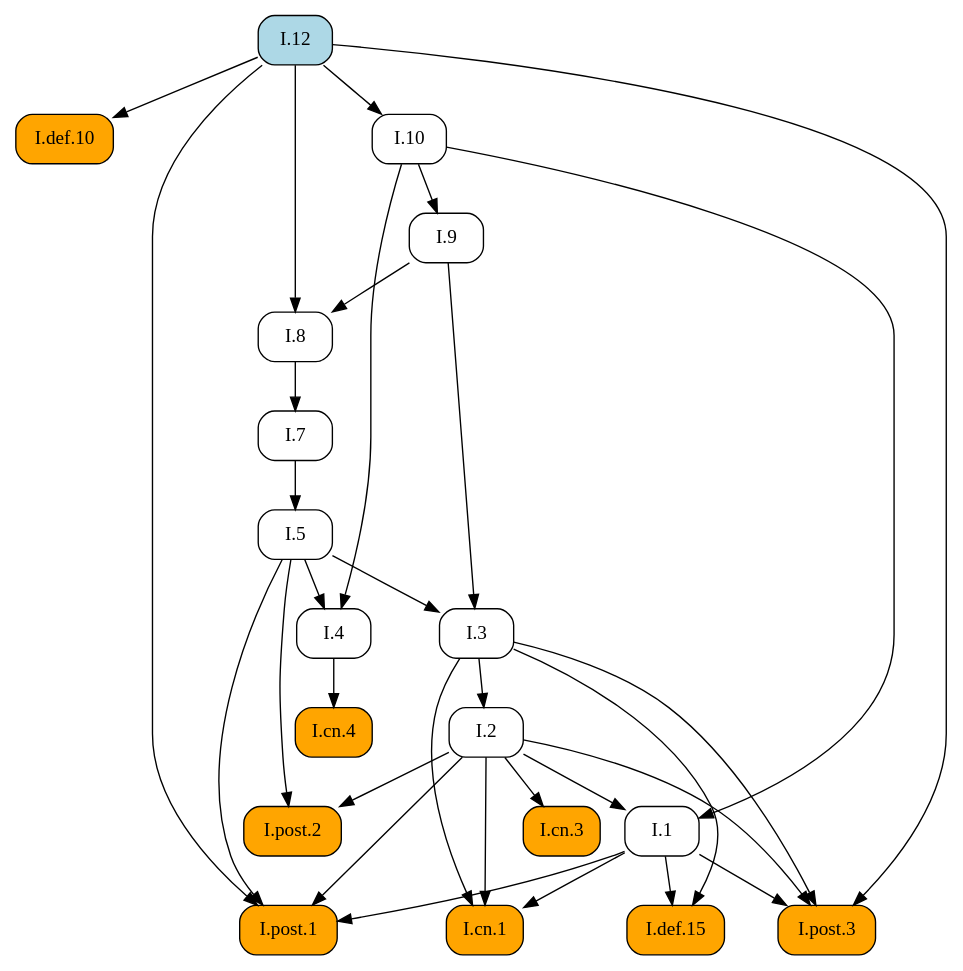
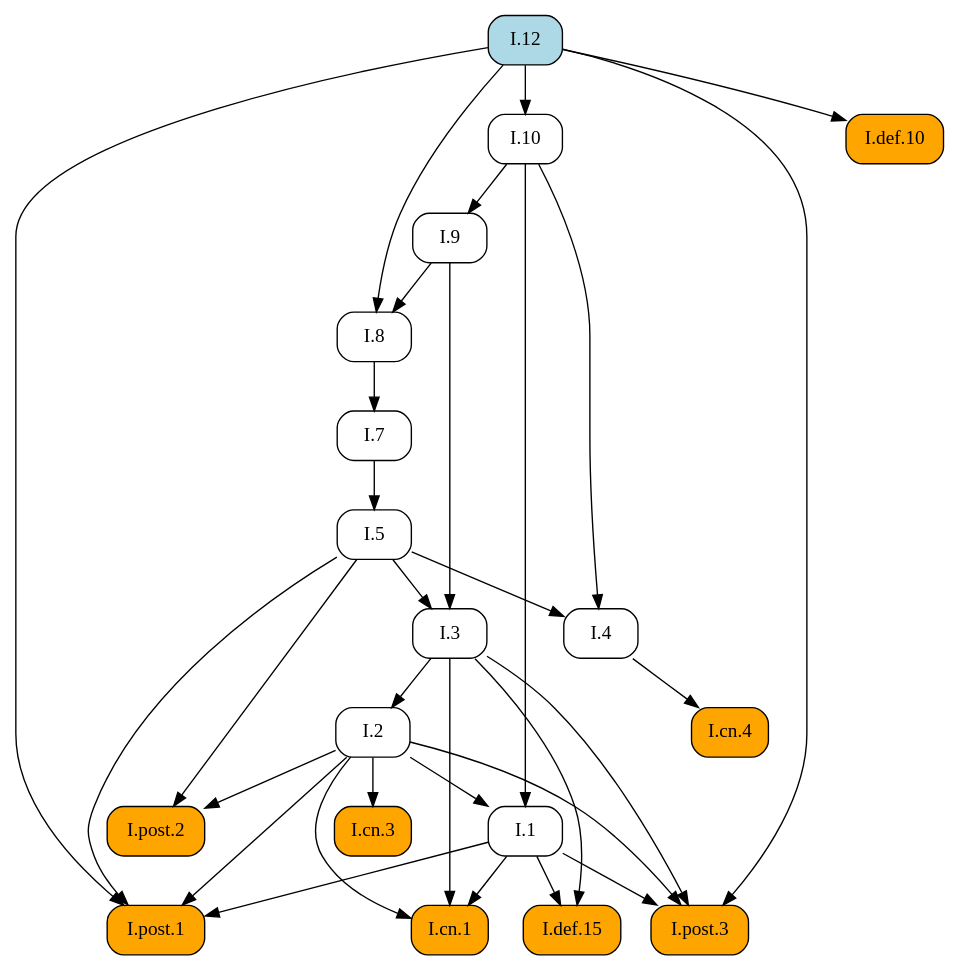
The diagram in docsrc/heath/I/12/index.rst (geometor/elements), drawn with Graphviz before and after one commit. The commit also changed other lines of this file and 484 other files, not shown here.

```diff
--- a/docsrc/heath/I/12/index.rst
+++ b/docsrc/heath/I/12/index.rst
@@ -69,55 +69,55 @@
 .. graphviz::
 
    digraph {
      rankdir="TB";
      node [shape=box, style=rounded];
+     "I.9" [URL="/heath/I/9/", target="_top"];
+     "I.cn.1" [style="rounded,filled", fillcolor=orange, URL="/heath/I/cn.1/", target="_top"];
+     "I.7" [URL="/heath/I/7/", target="_top"];
+     "I.2" [URL="/heath/I/2/", target="_top"];
+     "I.def.15" [style="rounded,filled", fillcolor=orange, URL="/heath/I/def.15/", target="_top"];
+     "I.4" [URL="/heath/I/4/", target="_top"];
+     "I.1" [URL="/heath/I/1/", target="_top"];
+     "I.post.3" [style="rounded,filled", fillcolor=orange, URL="/heath/I/post.3/", target="_top"];
+     "I.post.1" [style="rounded,filled", fillcolor=orange, URL="/heath/I/post.1/", target="_top"];
+     "I.8" [URL="/heath/I/8/", target="_top"];
+     "I.5" [URL="/heath/I/5/", target="_top"];
+     "I.cn.3" [style="rounded,filled", fillcolor=orange, URL="/heath/I/cn.3/", target="_top"];
      "I.def.10" [style="rounded,filled", fillcolor=orange, URL="/heath/I/def.10/", target="_top"];
-     "I.1" [URL="/heath/I/1/", target="_top"];
-     "I.7" [URL="/heath/I/7/", target="_top"];
+     "I.10" [URL="/heath/I/10/", target="_top"];
+     "I.12" [style="rounded,filled", fillcolor=lightblue, URL="/heath/I/12/", target="_top"];
+     "I.cn.4" [style="rounded,filled", fillcolor=orange, URL="/heath/I/cn.4/", target="_top"];
+     "I.post.2" [style="rounded,filled", fillcolor=orange, URL="/heath/I/post.2/", target="_top"];
      "I.3" [URL="/heath/I/3/", target="_top"];
-     "I.2" [URL="/heath/I/2/", target="_top"];
-     "I.4" [URL="/heath/I/4/", target="_top"];
-     "I.12" [style="rounded,filled", fillcolor=lightblue, URL="/heath/I/12/", target="_top"];
-     "I.post.2" [style="rounded,filled", fillcolor=orange, URL="/heath/I/post.2/", target="_top"];
-     "I.def.15" [style="rounded,filled", fillcolor=orange, URL="/heath/I/def.15/", target="_top"];
-     "I.9" [URL="/heath/I/9/", target="_top"];
-     "I.post.3" [style="rounded,filled", fillcolor=orange, URL="/heath/I/post.3/", target="_top"];
-     "I.cn.1" [style="rounded,filled", fillcolor=orange, URL="/heath/I/cn.1/", target="_top"];
-     "I.cn.3" [style="rounded,filled", fillcolor=orange, URL="/heath/I/cn.3/", target="_top"];
-     "I.8" [URL="/heath/I/8/", target="_top"];
-     "I.cn.4" [style="rounded,filled", fillcolor=orange, URL="/heath/I/cn.4/", target="_top"];
-     "I.post.1" [style="rounded,filled", fillcolor=orange, URL="/heath/I/post.1/", target="_top"];
-     "I.10" [URL="/heath/I/10/", target="_top"];
-     "I.5" [URL="/heath/I/5/", target="_top"];
-     "I.12" -> "I.def.10";
+     "I.10" -> "I.9";
+     "I.1" -> "I.cn.1";
+     "I.2" -> "I.cn.1";
+     "I.3" -> "I.cn.1";
+     "I.8" -> "I.7";
+     "I.3" -> "I.2";
+     "I.1" -> "I.def.15";
+     "I.3" -> "I.def.15";
+     "I.5" -> "I.4";
+     "I.10" -> "I.4";
      "I.2" -> "I.1";
      "I.10" -> "I.1";
-     "I.8" -> "I.7";
-     "I.5" -> "I.3";
-     "I.9" -> "I.3";
-     "I.3" -> "I.2";
-     "I.5" -> "I.4";
-     "I.10" -> "I.4";
-     "I.2" -> "I.post.2";
-     "I.5" -> "I.post.2";
-     "I.1" -> "I.def.15";
-     "I.3" -> "I.def.15";
-     "I.10" -> "I.9";
      "I.1" -> "I.post.3";
      "I.2" -> "I.post.3";
      "I.3" -> "I.post.3";
      "I.12" -> "I.post.3";
-     "I.1" -> "I.cn.1";
-     "I.2" -> "I.cn.1";
-     "I.3" -> "I.cn.1";
-     "I.2" -> "I.cn.3";
-     "I.9" -> "I.8";
-     "I.12" -> "I.8";
-     "I.4" -> "I.cn.4";
      "I.1" -> "I.post.1";
      "I.2" -> "I.post.1";
      "I.5" -> "I.post.1";
      "I.12" -> "I.post.1";
+     "I.9" -> "I.8";
+     "I.12" -> "I.8";
+     "I.7" -> "I.5";
+     "I.2" -> "I.cn.3";
+     "I.12" -> "I.def.10";
      "I.12" -> "I.10";
-     "I.7" -> "I.5";
+     "I.4" -> "I.cn.4";
+     "I.2" -> "I.post.2";
+     "I.5" -> "I.post.2";
+     "I.5" -> "I.3";
+     "I.9" -> "I.3";
    }
```
